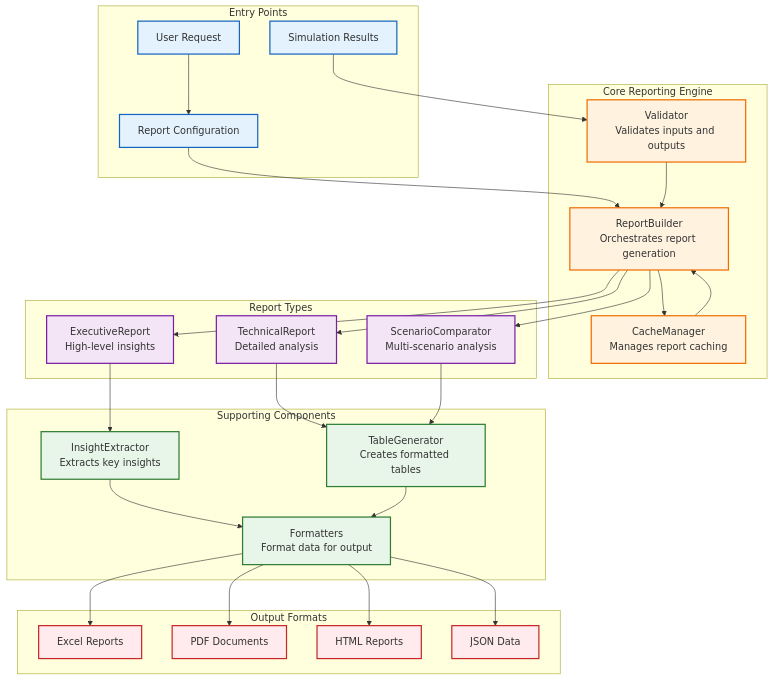
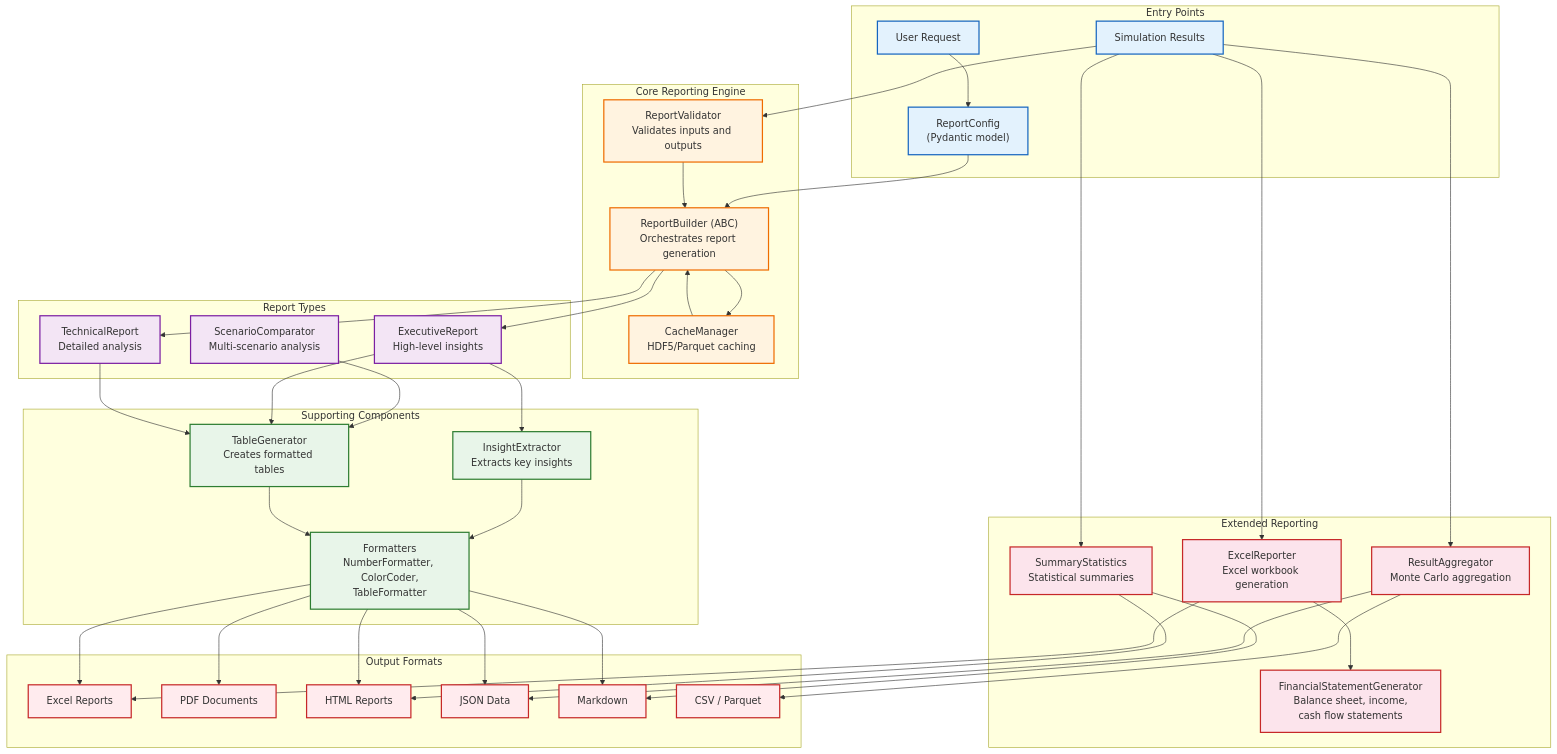
Before and after one commit to AlexFiliakov/Ergodic-Insurance-Limits: the first of 3 diagrams in ergodic_insurance/docs/architecture/reporting_architecture.md, drawn with Mermaid. The commit also changed other lines of this file and 14 other files, not shown here.

First line of the commit message:
docs: Update and expand Mermaid architecture diagrams (#185) (#341)

````diff
--- a/ergodic_insurance/docs/architecture/reporting_architecture.md
+++ b/ergodic_insurance/docs/architecture/reporting_architecture.md
@@ -9,15 +9,15 @@
     %% Entry Points
     subgraph Entry["Entry Points"]
         USER["User Request"]
-        CONFIG["Report Configuration"]
+        CONFIG["ReportConfig<br/>(Pydantic model)"]
         DATA["Simulation Results"]
     end
 
     %% Core Components
     subgraph Core["Core Reporting Engine"]
-        BUILDER["ReportBuilder<br/>Orchestrates report generation"]
-        VALIDATOR["Validator<br/>Validates inputs and outputs"]
-        CACHE["CacheManager<br/>Manages report caching"]
+        BUILDER["ReportBuilder (ABC)<br/>Orchestrates report generation"]
+        VALIDATOR["ReportValidator<br/>Validates inputs and outputs"]
+        CACHE["CacheManager<br/>HDF5/Parquet caching"]
     end
 
     %% Report Types
@@ -31,7 +31,15 @@
     subgraph Support["Supporting Components"]
         TABLE_GEN["TableGenerator<br/>Creates formatted tables"]
         INSIGHT_EXT["InsightExtractor<br/>Extracts key insights"]
-        FORMATTERS["Formatters<br/>Format data for output"]
+        FORMATTERS["Formatters<br/>NumberFormatter, ColorCoder,<br/>TableFormatter"]
+    end
+
+    %% External Reporting Components
+    subgraph External["Extended Reporting"]
+        EXCEL_REP["ExcelReporter<br/>Excel workbook generation"]
+        RESULT_AGG["ResultAggregator<br/>Monte Carlo aggregation"]
+        FIN_STMT["FinancialStatementGenerator<br/>Balance sheet, income,<br/>cash flow statements"]
+        SUMMARY_STATS["SummaryStatistics<br/>Statistical summaries"]
     end
 
     %% Output Formats
@@ -40,6 +48,8 @@
         PDF["PDF Documents"]
         HTML["HTML Reports"]
         JSON["JSON Data"]
+        MARKDOWN["Markdown"]
+        CSV["CSV / Parquet"]
     end
 
     %% Data Flow
@@ -53,11 +63,12 @@
 
     BUILDER --> EXEC_REPORT
     BUILDER --> TECH_REPORT
-    BUILDER --> SCENARIO_COMP
+
+    SCENARIO_COMP --> TABLE_GEN
 
     EXEC_REPORT --> INSIGHT_EXT
+    EXEC_REPORT --> TABLE_GEN
     TECH_REPORT --> TABLE_GEN
-    SCENARIO_COMP --> TABLE_GEN
 
     INSIGHT_EXT --> FORMATTERS
     TABLE_GEN --> FORMATTERS
@@ -66,17 +77,32 @@
     FORMATTERS --> PDF
     FORMATTERS --> HTML
     FORMATTERS --> JSON
+    FORMATTERS --> MARKDOWN
+
+    DATA --> EXCEL_REP
+    EXCEL_REP --> FIN_STMT
+    EXCEL_REP --> EXCEL
+
+    DATA --> RESULT_AGG
+    RESULT_AGG --> CSV
+    RESULT_AGG --> JSON
+
+    DATA --> SUMMARY_STATS
+    SUMMARY_STATS --> MARKDOWN
+    SUMMARY_STATS --> HTML
 
     %% Styling
     classDef entry fill:#e3f2fd,stroke:#1565c0,stroke-width:2px
     classDef core fill:#fff3e0,stroke:#ef6c00,stroke-width:2px
     classDef report fill:#f3e5f5,stroke:#7b1fa2,stroke-width:2px
     classDef support fill:#e8f5e9,stroke:#2e7d32,stroke-width:2px
+    classDef external fill:#fce4ec,stroke:#c62828,stroke-width:2px
     classDef output fill:#ffebee,stroke:#c62828,stroke-width:2px
 
     class USER,CONFIG,DATA entry
     class BUILDER,VALIDATOR,CACHE core
     class EXEC_REPORT,TECH_REPORT,SCENARIO_COMP report
     class TABLE_GEN,INSIGHT_EXT,FORMATTERS support
-    class EXCEL,PDF,HTML,JSON output
+    class EXCEL_REP,RESULT_AGG,FIN_STMT,SUMMARY_STATS external
+    class EXCEL,PDF,HTML,JSON,MARKDOWN,CSV output
 ```
````
